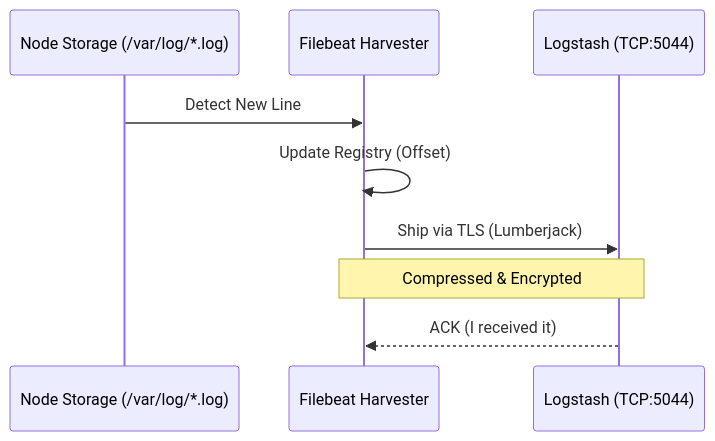
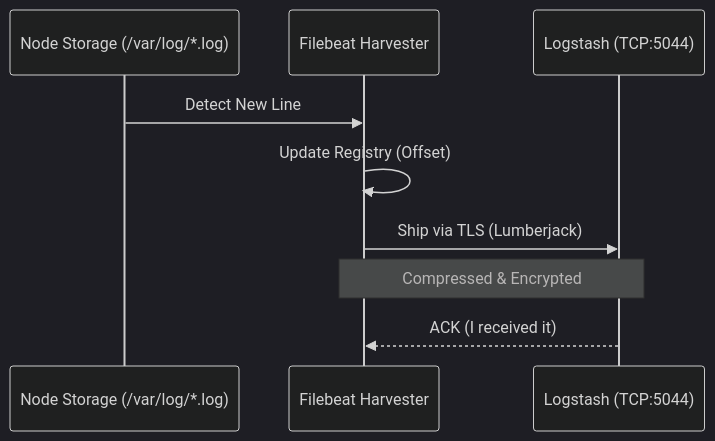
Before and after one commit to d-hackmt/ELK-STACK-DEMO: the diagram in documentation/02_Filebeat_Logistics.md, drawn with Mermaid. The commit also changed 7 other files, not shown here.

Commit message:
Enhance Mermaid diagram visibility and finalize documentation

````diff
--- a/documentation/02_Filebeat_Logistics.md
+++ b/documentation/02_Filebeat_Logistics.md
@@ -21,12 +21,13 @@
 ```mermaid
+%%{init: {'theme': 'dark', 'themeVariables': { 'primaryColor': '#7000ff' }}}%%
 sequenceDiagram
     participant Disk as Node Storage (/var/log/*.log)
     participant FB as Filebeat Harvester
     participant LS as Logstash (TCP:5044)
     
     Disk->>FB: Detect New Line
     FB->>FB: Update Registry (Offset)
     FB->>LS: Ship via TLS (Lumberjack)
     Note over FB,LS: Compressed & Encrypted
     LS-->>FB: ACK (I received it)
 ```
````
